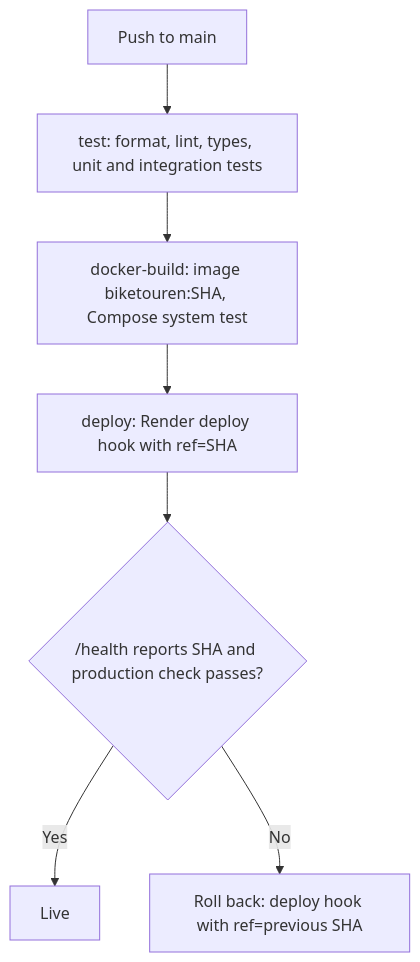
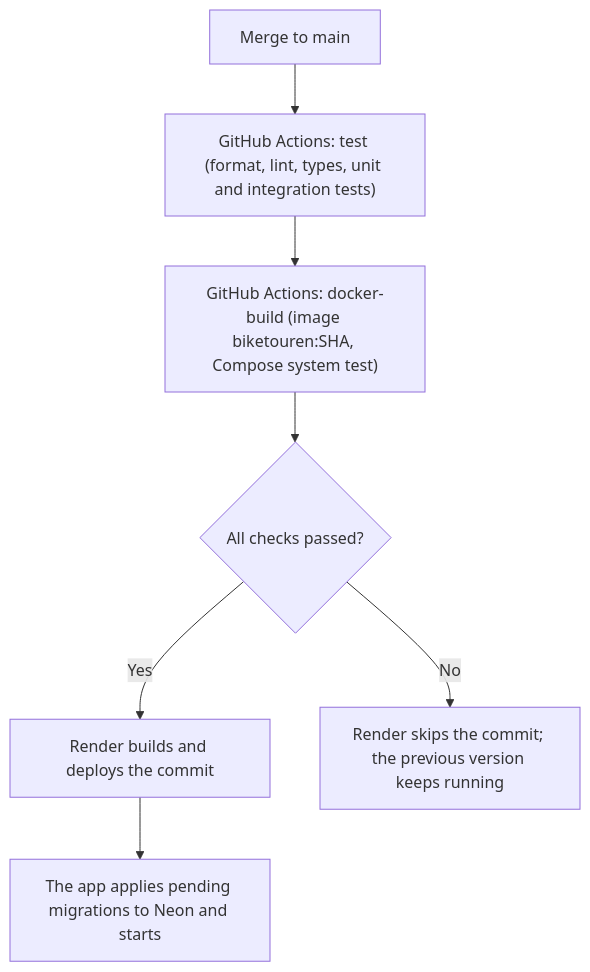
The diagram in Code/docs/cd.md (cediackermann/m324-gruppe3), drawn with Mermaid before and after one commit. The commit also changed other lines of this file and 6 other files, not shown here.

First line of the commit message:
ci: deploy through Render auto-deploy after CI checks pass (#21)

````diff
--- a/Code/docs/cd.md
+++ b/Code/docs/cd.md
@@ -5,9 +7,9 @@
 ```mermaid
 flowchart TD
-    A["Push to main"] --> B["test: format, lint, types, unit and integration tests"]
-    B --> C["docker-build: image biketouren:SHA, Compose system test"]
-    C --> D["deploy: Render deploy hook with ref=SHA"]
-    D --> E{"/health reports SHA and production check passes?"}
-    E -->|Yes| F["Live"]
-    E -->|No| G["Roll back: deploy hook with ref=previous SHA"]
+    A["Merge to main"] --> B["GitHub Actions: test (format, lint, types, unit and integration tests)"]
+    B --> C["GitHub Actions: docker-build (image biketouren:SHA, Compose system test)"]
+    C --> D{"All checks passed?"}
+    D -->|Yes| E["Render builds and deploys the commit"]
+    D -->|No| F["Render skips the commit; the previous version keeps running"]
+    E --> G["The app applies pending migrations to Neon and starts"]
 ```
````
